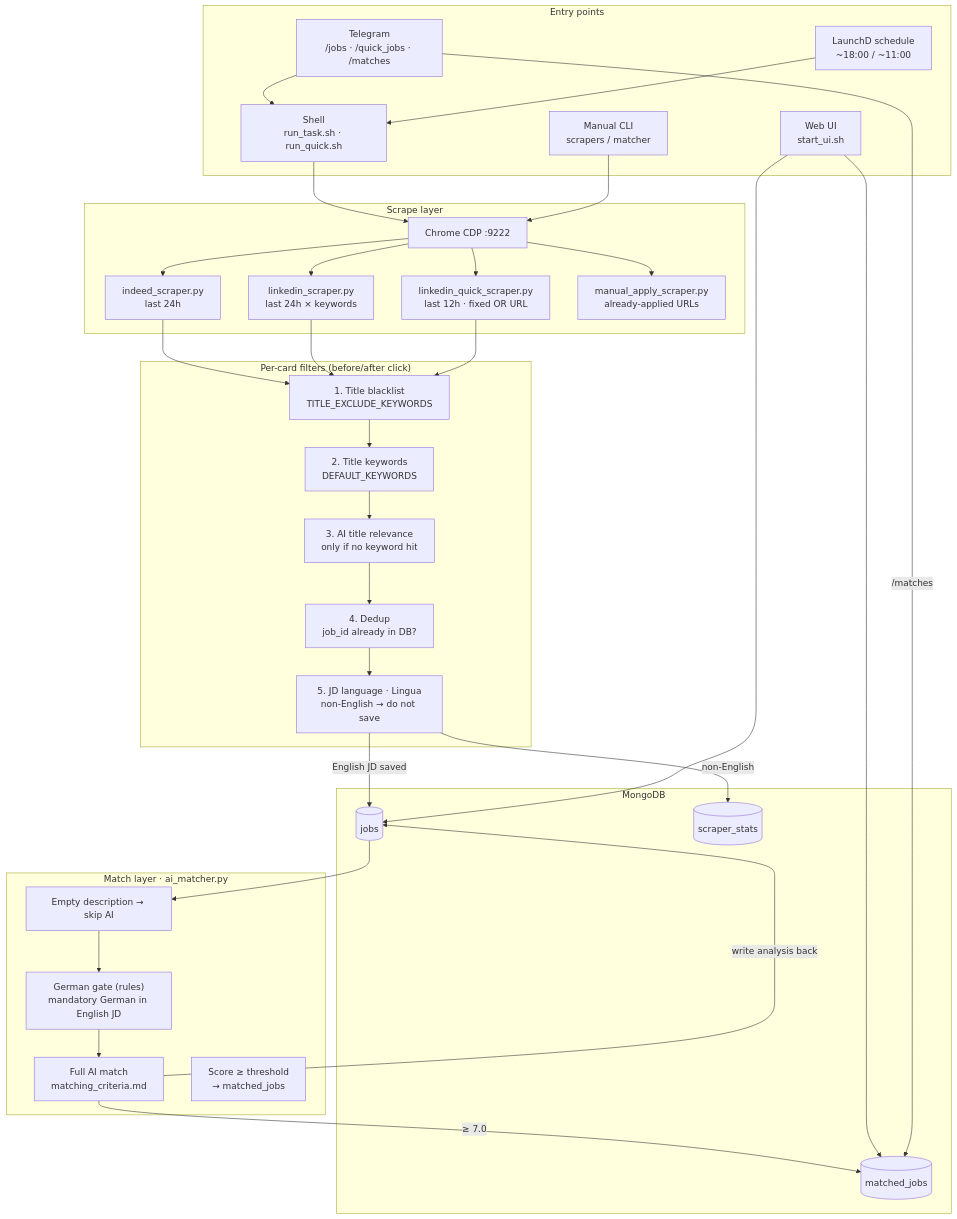
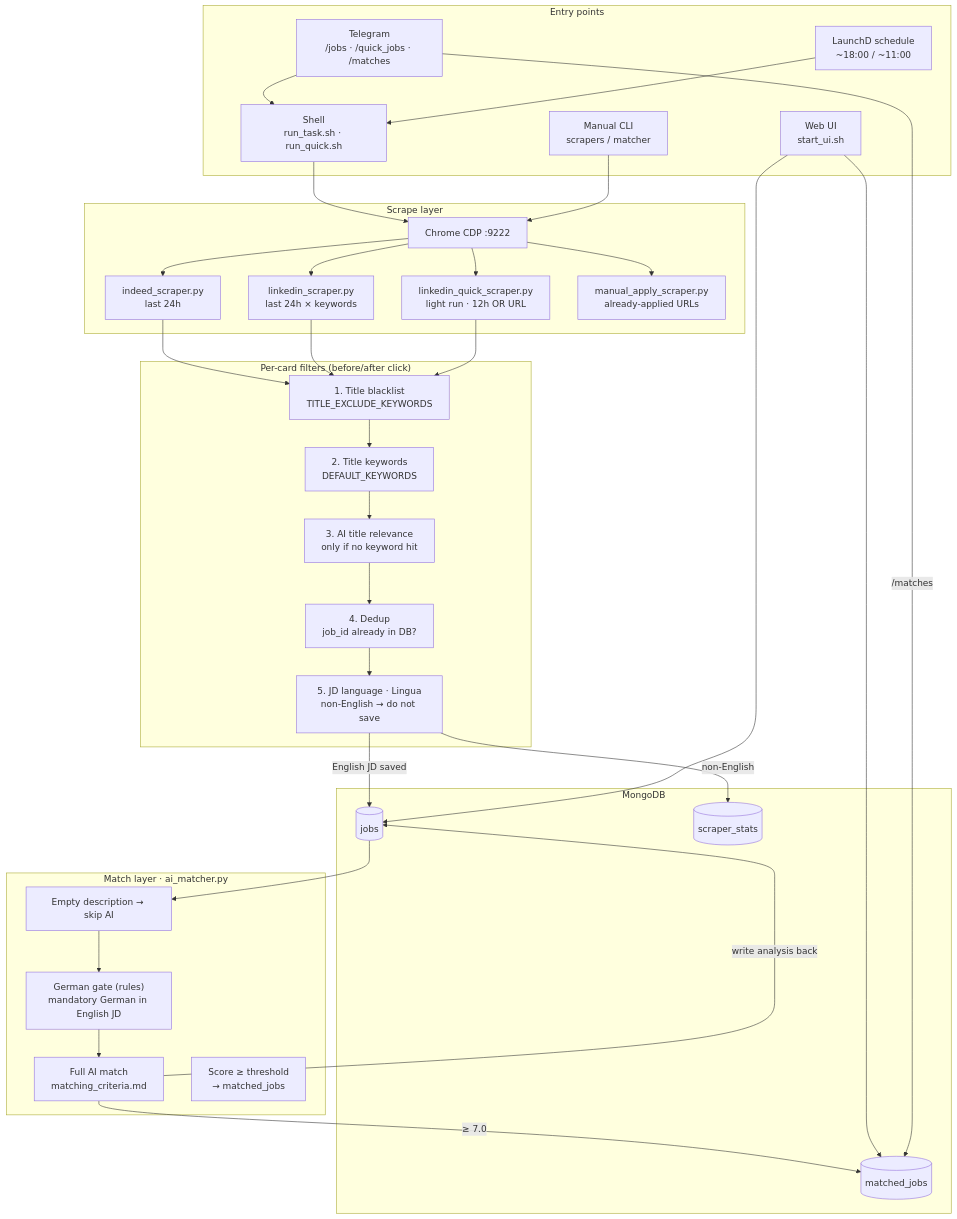
Before and after one commit to CarrieNong/job_scraper: the first of 5 diagrams in docs/architecture.md, drawn with Mermaid. The commit also changed other lines of this file and 11 other files, not shown here.

````diff
--- a/docs/architecture.md
+++ b/docs/architecture.md
@@ -11,56 +11,56 @@
 ```mermaid
 flowchart TB
     subgraph Triggers["Entry points"]
         T1["Telegram<br/>/jobs · /quick_jobs · /matches"]
         T2["Shell<br/>run_task.sh · run_quick.sh"]
         T3["LaunchD schedule<br/>~18:00 / ~11:00"]
         T4["Web UI<br/>start_ui.sh"]
         T5["Manual CLI<br/>scrapers / matcher"]
     end
 
     subgraph Scrape["Scrape layer"]
         Chrome["Chrome CDP :9222"]
         Indeed["indeed_scraper.py<br/>last 24h"]
         LI["linkedin_scraper.py<br/>last 24h × keywords"]
-        LIQ["linkedin_quick_scraper.py<br/>last 12h · fixed OR URL"]
+        LIQ["linkedin_quick_scraper.py<br/>light run · 12h OR URL"]
         Manual["manual_apply_scraper.py<br/>already-applied URLs"]
     end
 
     subgraph Filters["Per-card filters (before/after click)"]
         F1["1. Title blacklist<br/>TITLE_EXCLUDE_KEYWORDS"]
         F2["2. Title keywords<br/>DEFAULT_KEYWORDS"]
         F3["3. AI title relevance<br/>only if no keyword hit"]
         F4["4. Dedup<br/>job_id already in DB?"]
         F5["5. JD language · Lingua<br/>non-English → do not save"]
     end
 
     subgraph Store["MongoDB"]
         Jobs[("jobs")]
         Matched[("matched_jobs")]
         Stats[("scraper_stats")]
     end
 
     subgraph Match["Match layer · ai_matcher.py"]
         M0["Empty description → skip AI"]
         M1["German gate (rules)<br/>mandatory German in English JD"]
         M2["Full AI match<br/>matching_criteria.md"]
         M3["Score ≥ threshold<br/>→ matched_jobs"]
     end
 
     T1 --> T2
     T3 --> T2
     T2 --> Chrome
     T5 --> Chrome
     Chrome --> Indeed & LI & LIQ & Manual
 
     Indeed & LI & LIQ --> F1 --> F2 --> F3 --> F4 --> F5
     F5 -->|English JD saved| Jobs
     F5 -->|non-English| Stats
 
     Jobs --> M0 --> M1 --> M2
     M2 -->|≥ 7.0| Matched
     M2 -->|write analysis back| Jobs
 
     T4 --> Matched & Jobs
     T1 -->|/matches| Matched
 ```
````
